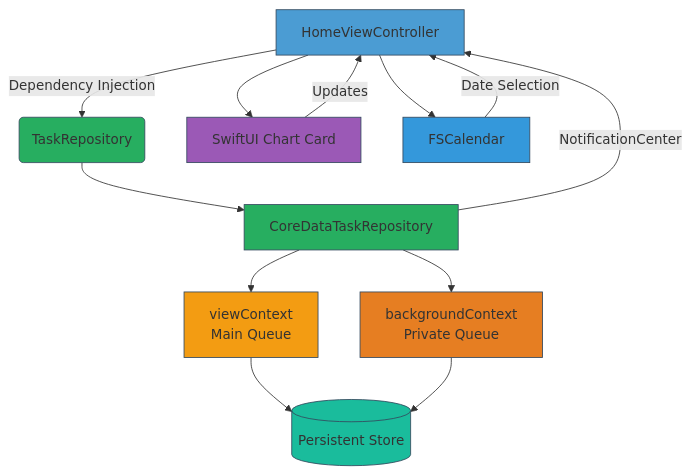
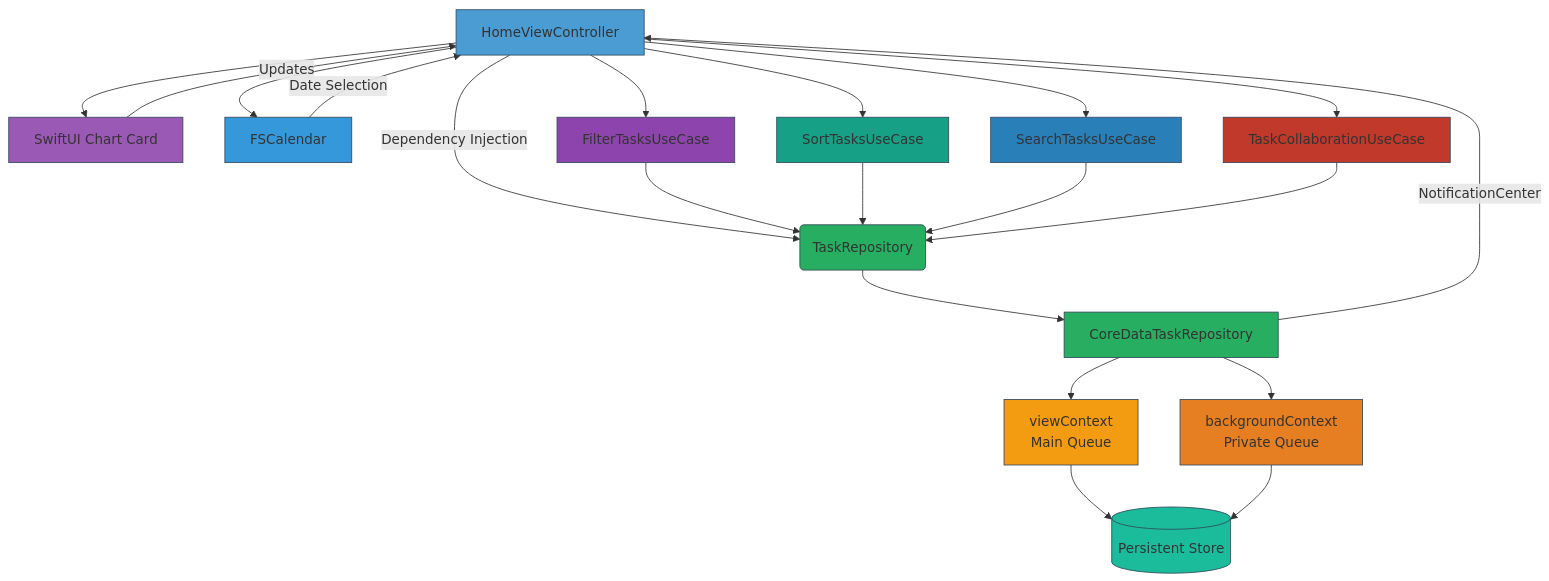
One commit to Saransh-Sharma/Tasker changed the second of 6 diagrams in .qoder/repowiki/en/content/Task Management System/Task Management System.md. Above: the diagram before and after it, drawn with Mermaid. The commit also changed other lines of this file and 18 other files, not shown here.

````diff
--- a/.qoder/repowiki/en/content/Task Management System/Task Management System.md
+++ b/.qoder/repowiki/en/content/Task Management System/Task Management System.md
@@ -86,22 +118,34 @@
 ```mermaid
 graph TD
 A[HomeViewController] --> |Dependency Injection| B(TaskRepository)
 B --> C[CoreDataTaskRepository]
 C --> D[viewContext<br/>Main Queue]
 C --> E[backgroundContext<br/>Private Queue]
 D --> F[(Persistent Store)]
 E --> F
 A --> G[SwiftUI Chart Card]
 A --> H[FSCalendar]
 C --> |NotificationCenter| A
 G --> |Updates| A
 H --> |Date Selection| A
+A --> I[FilterTasksUseCase]
+A --> J[SortTasksUseCase]
+A --> K[SearchTasksUseCase]
+A --> L[TaskCollaborationUseCase]
+I --> B
+J --> B
+K --> B
+L --> B
 style A fill:#4B9CD3,stroke:#34495E
 style B fill:#27AE60,stroke:#34495E
 style C fill:#27AE60,stroke:#34495E
 style D fill:#F39C12,stroke:#34495E
 style E fill:#E67E22,stroke:#34495E
 style F fill:#1ABC9C,stroke:#34495E
 style G fill:#9B59B6,stroke:#34495E
 style H fill:#3498DB,stroke:#34495E
+style I fill:#8E44AD,stroke:#34495E
+style J fill:#16A085,stroke:#34495E
+style K fill:#2980B9,stroke:#34495E
+style L fill:#C0392B,stroke:#34495E
 ```
````
